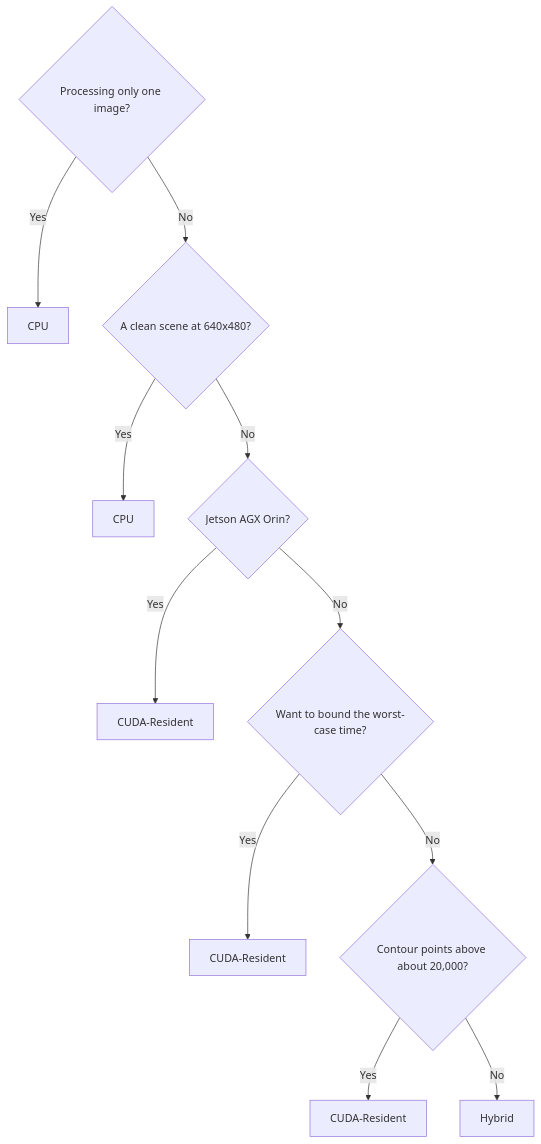
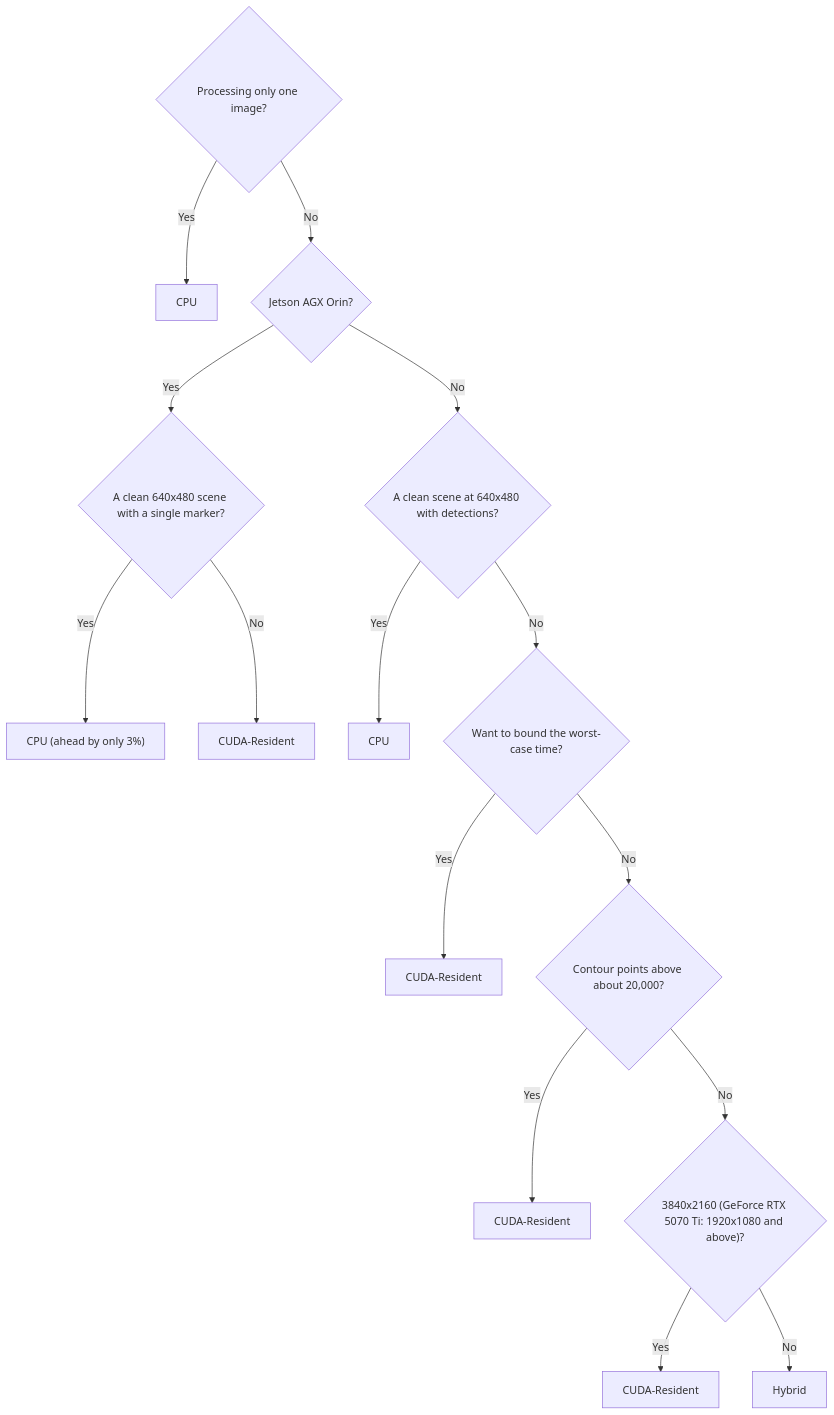
The second of 2 diagrams in docs/benchmark-report.md (MasakazuTobeta/ArUco3-CUDA), drawn with Mermaid before and after one commit. The commit also changed other lines of this file and 9 other files, not shown here.

````diff
--- a/docs/benchmark-report.md
+++ b/docs/benchmark-report.md
@@ -439,13 +449,17 @@
 ```mermaid
 flowchart TD
     S{"Processing only one image?"} -->|Yes| CPU1["CPU"]
-    S -->|No| Q640{"A clean scene at 640x480?"}
+    S -->|No| M{"Jetson AGX Orin?"}
+    M -->|Yes| J{"A clean 640x480 scene with a single marker?"}
+    J -->|Yes| CPU3["CPU (ahead by only 3%)"]
+    J -->|No| R1["CUDA-Resident"]
+    M -->|No| Q640{"A clean scene at 640x480 with detections?"}
     Q640 -->|Yes| CPU2["CPU"]
-    Q640 -->|No| M{"Jetson AGX Orin?"}
-    M -->|Yes| R1["CUDA-Resident"]
-    M -->|No| W{"Want to bound the worst-case time?"}
+    Q640 -->|No| W{"Want to bound the worst-case time?"}
     W -->|Yes| R2["CUDA-Resident"]
     W -->|No| K{"Contour points above about 20,000?"}
     K -->|Yes| R3["CUDA-Resident"]
-    K -->|No| H["Hybrid"]
+    K -->|No| K2{"3840x2160 (GeForce RTX 5070 Ti: 1920x1080 and above)?"}
+    K2 -->|Yes| R4["CUDA-Resident"]
+    K2 -->|No| H["Hybrid"]
 ```
````
